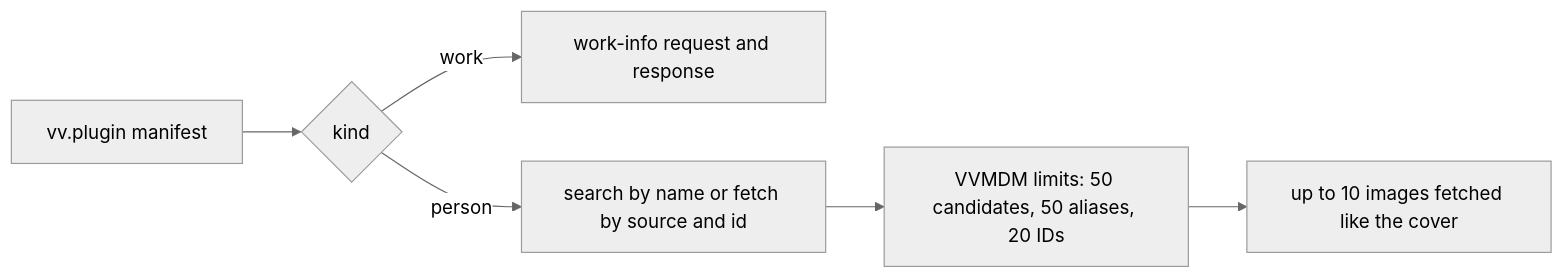
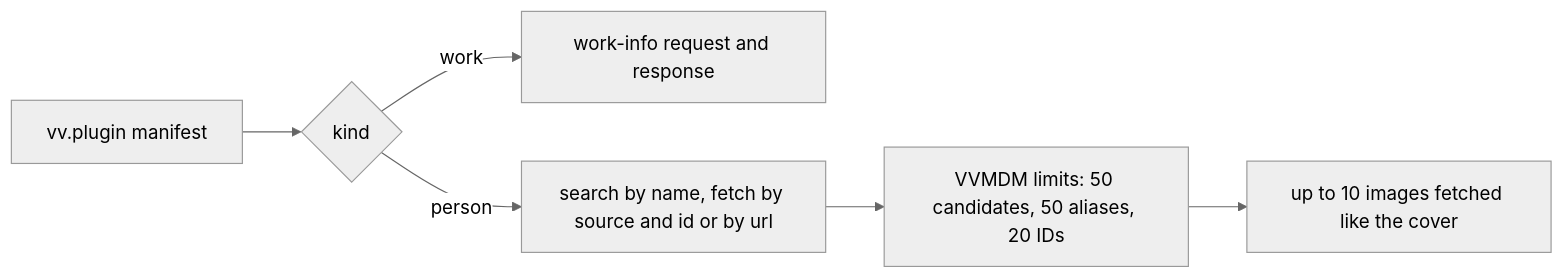
One commit to syudead/vv changed the first of 2 diagrams in docs/design-docs/person-plugins.md. Above: the diagram before and after it, drawn with Mermaid (neutral theme). The commit also changed other lines of this file and 25 other files, not shown here.

First line of the commit message:
Fetch a person by a link the plugin handles

````diff
--- a/docs/design-docs/person-plugins.md
+++ b/docs/design-docs/person-plugins.md
@@ -13,8 +13,8 @@
 ```mermaid
 flowchart LR
   manifest[vv.plugin manifest] --> kind{kind}
   kind -->|work| work[work-info request and response]
-  kind -->|person| person[search by name or fetch by source and id]
+  kind -->|person| person[search by name, fetch by source and id or by url]
   person --> limits[VVMDM limits: 50 candidates, 50 aliases, 20 IDs]
   limits --> image[up to 10 images fetched like the cover]
 ```
````
